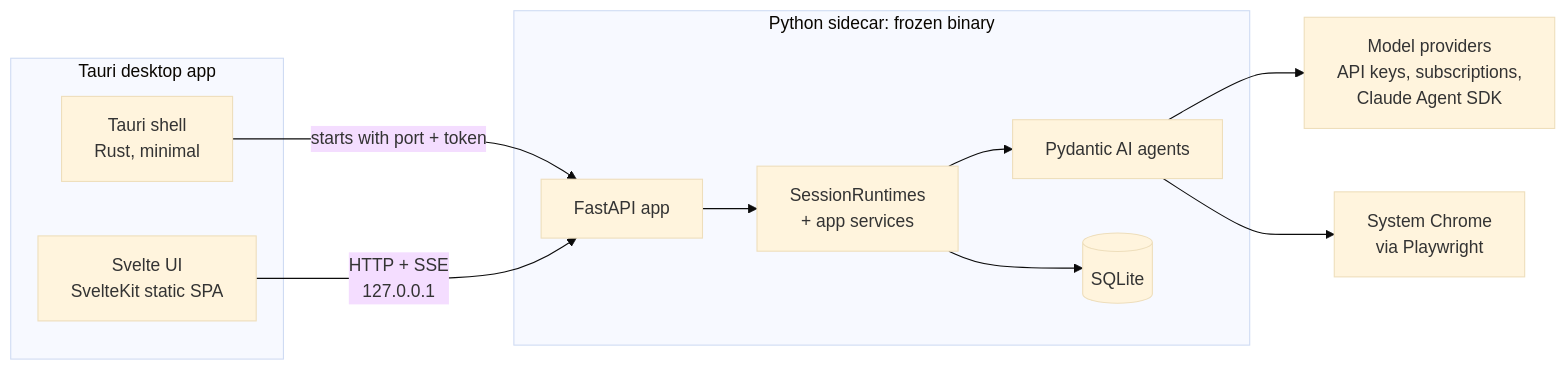
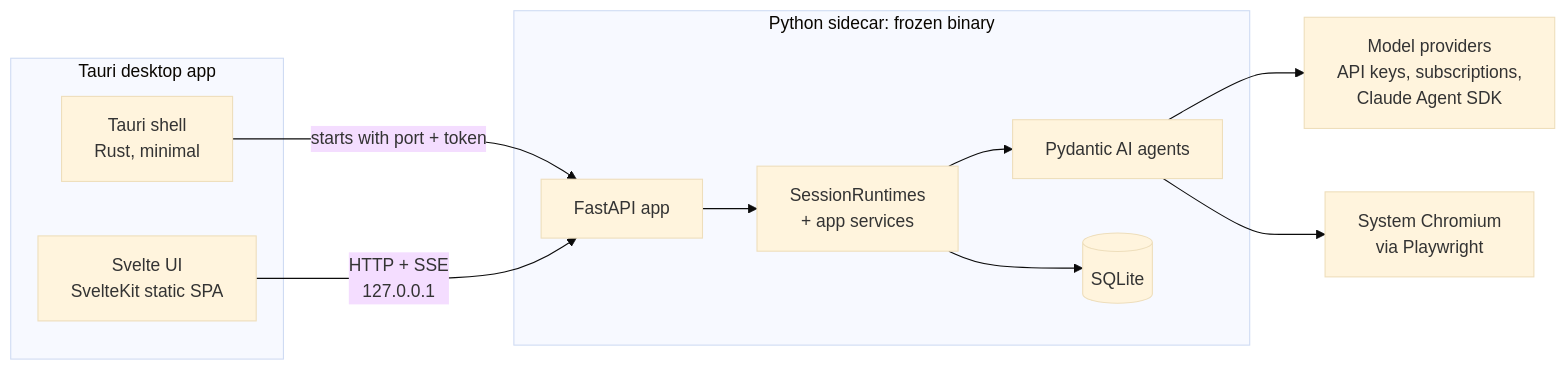
The diagram in docs/architecture.md (KinslyIV/Verstehen), drawn with Mermaid (base theme) before and after one commit. The commit also changed other lines of this file and 3 other files, not shown here.

````diff
--- a/docs/architecture.md
+++ b/docs/architecture.md
@@ -17,19 +17,19 @@
 ```mermaid
 flowchart LR
   subgraph Tauri desktop app
     UI[Svelte UI<br/>SvelteKit static SPA]
     Shell[Tauri shell<br/>Rust, minimal]
   end
   Shell -- starts with port + token --> Server
   UI -- HTTP + SSE<br/>127.0.0.1 --> Server
   subgraph Sidecar[Python sidecar: frozen binary]
     Server[FastAPI app]
     Runtime[SessionRuntimes<br/>+ app services]
     Agents[Pydantic AI agents]
     Store[(SQLite)]
   end
   Server --> Runtime --> Agents
   Runtime --> Store
   Agents --> Providers[Model providers<br/>API keys, subscriptions,<br/>Claude Agent SDK]
-  Agents --> Chrome[System Chrome<br/>via Playwright]
+  Agents --> Chrome[System Chromium<br/>via Playwright]
 ```
````
